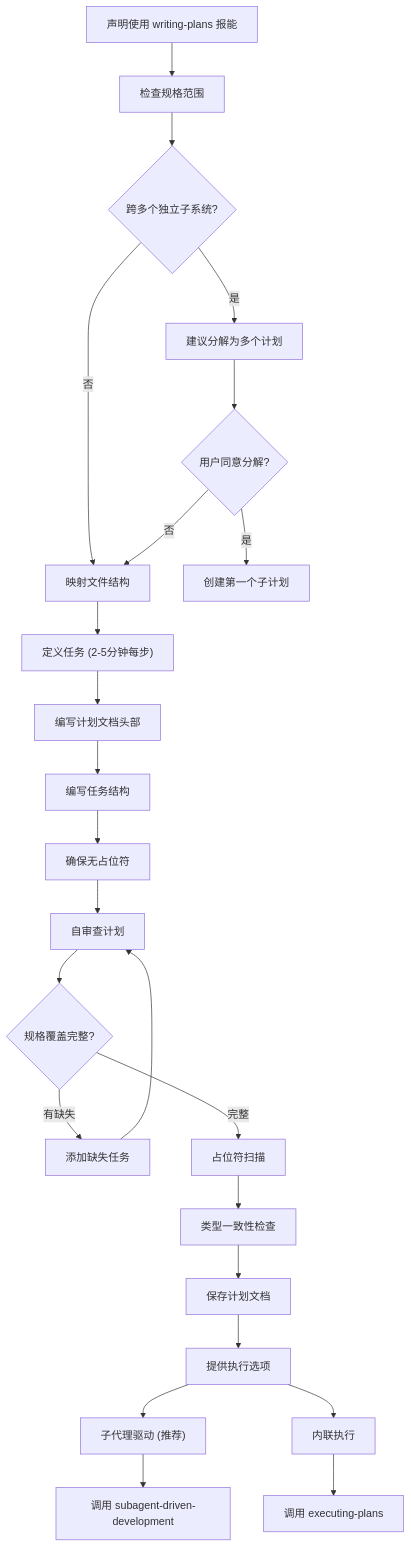
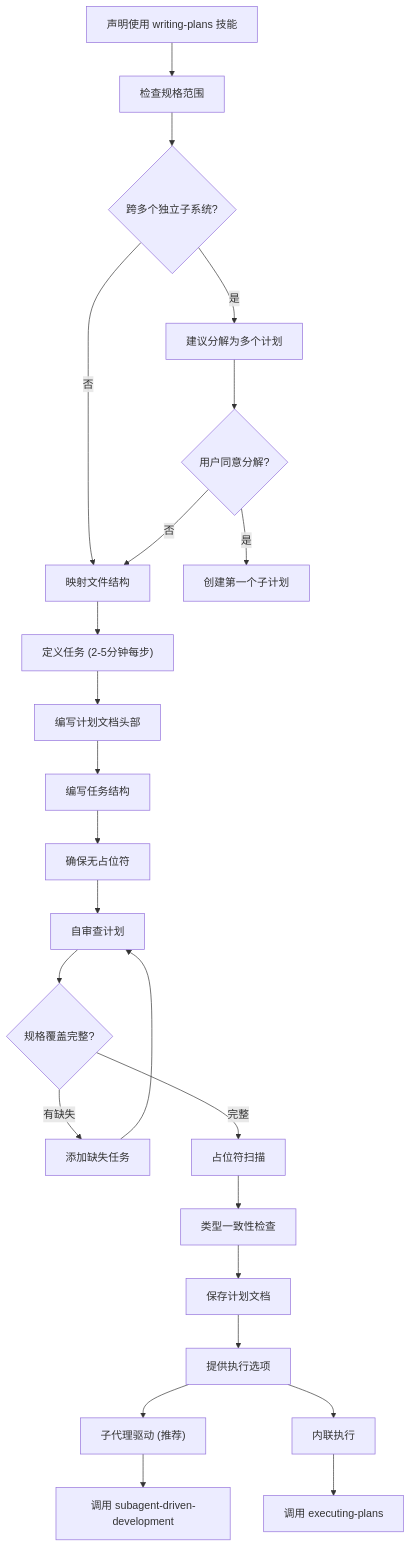
Before and after one commit to Jiraiya8/superpowers: the sixth of 20 diagrams in docs/superpowers-flowcharts.md, drawn with Mermaid. The commit also changed other lines of this file and 1 other file, not shown here.

````diff
--- a/docs/superpowers-flowcharts.md
+++ b/docs/superpowers-flowcharts.md
@@ -197,36 +197,36 @@
 ```mermaid
 graph TB
-    Announce["声明使用 writing-plans 报能"] --> ScopeCheck["检查规格范围"]
+    Announce["声明使用 writing-plans 技能"] --> ScopeCheck["检查规格范围"]
     
     ScopeCheck --> TooLarge{"跨多个独立子系统?"}
     TooLarge -->|"是"| SuggestSplit["建议分解为多个计划"]
     TooLarge -->|"否"| FileStructure["映射文件结构"]
     
     SuggestSplit --> UserDecision{"用户同意分解?"}
     UserDecision -->|"是"| CreateFirstPlan["创建第一个子计划"]
     UserDecision -->|"否"| FileStructure
     
     FileStructure --> DefineTasks["定义任务 (2-5分钟每步)"]
     DefineTasks --> WriteHeader["编写计划文档头部"]
     
     WriteHeader --> TaskStructure["编写任务结构"]
     TaskStructure --> NoPlaceholders["确保无占位符"]
     
     NoPlaceholders --> SelfReview["自审查计划"]
     SelfReview --> SpecCoverage{"规格覆盖完整?"}
     
     SpecCoverage -->|"有缺失"| AddMissingTask["添加缺失任务"]
     SpecCoverage -->|"完整"| PlaceholderScan["占位符扫描"]
     
     AddMissingTask --> SelfReview
     PlaceholderScan --> TypeConsistency["类型一致性检查"]
     
     TypeConsistency --> SavePlan["保存计划文档"]
     SavePlan --> OfferExecution["提供执行选项"]
     
     OfferExecution --> SubagentChoice["子代理驱动 (推荐)"]
     OfferExecution --> InlineChoice["内联执行"]
     
     SubagentChoice --> InvokeSubagent["调用 subagent-driven-development"]
     InlineChoice --> InvokeExecuting["调用 executing-plans"]
 ```
````
